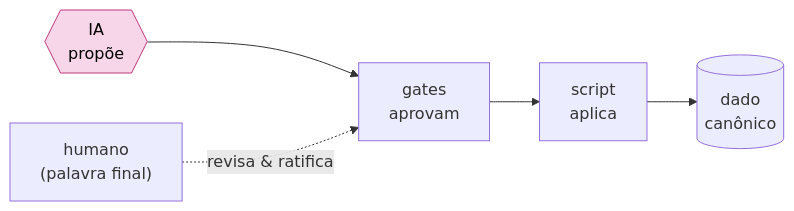
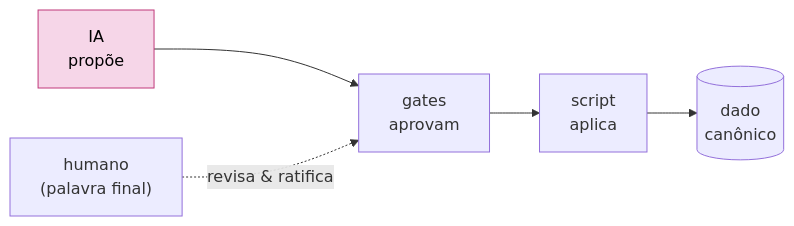
One commit to scudellerlemos/translation-cognition-framework changed the third of 5 diagrams in README.md. Above: the diagram before and after it, drawn with Mermaid. The commit also changed other lines of this file, not shown here.

Commit message:
docs: diagramas do README proporcionais (4 camadas sem subgraph vazio, caixas sem quebra torta)

````diff
--- a/README.md
+++ b/README.md
@@ -153,7 +142,7 @@
 ```mermaid
 flowchart LR
-  ia{{"IA<br/>propõe"}} --> gate["gates<br/>aprovam"] --> script["script<br/>aplica"] --> canon[("dado<br/>canônico")]
+  ia["IA<br/>propõe"] --> gate["gates<br/>aprovam"] --> script["script<br/>aplica"] --> canon[("dado<br/>canônico")]
   human["humano<br/>(palavra final)"] -.->|"revisa & ratifica"| gate
   classDef ia fill:#f6d6e8,stroke:#c0397b,color:#000;
   class ia ia;
 ```
````
